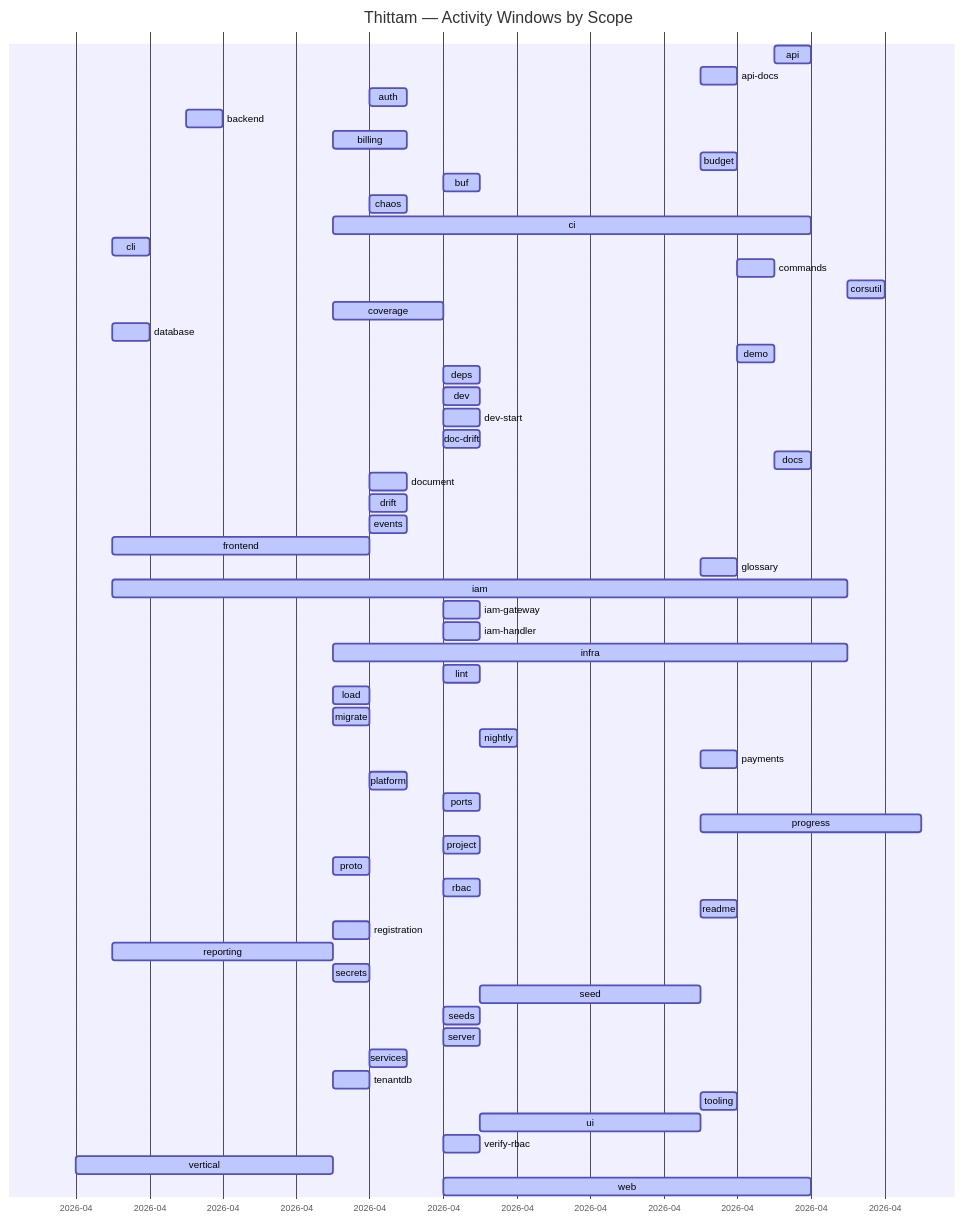
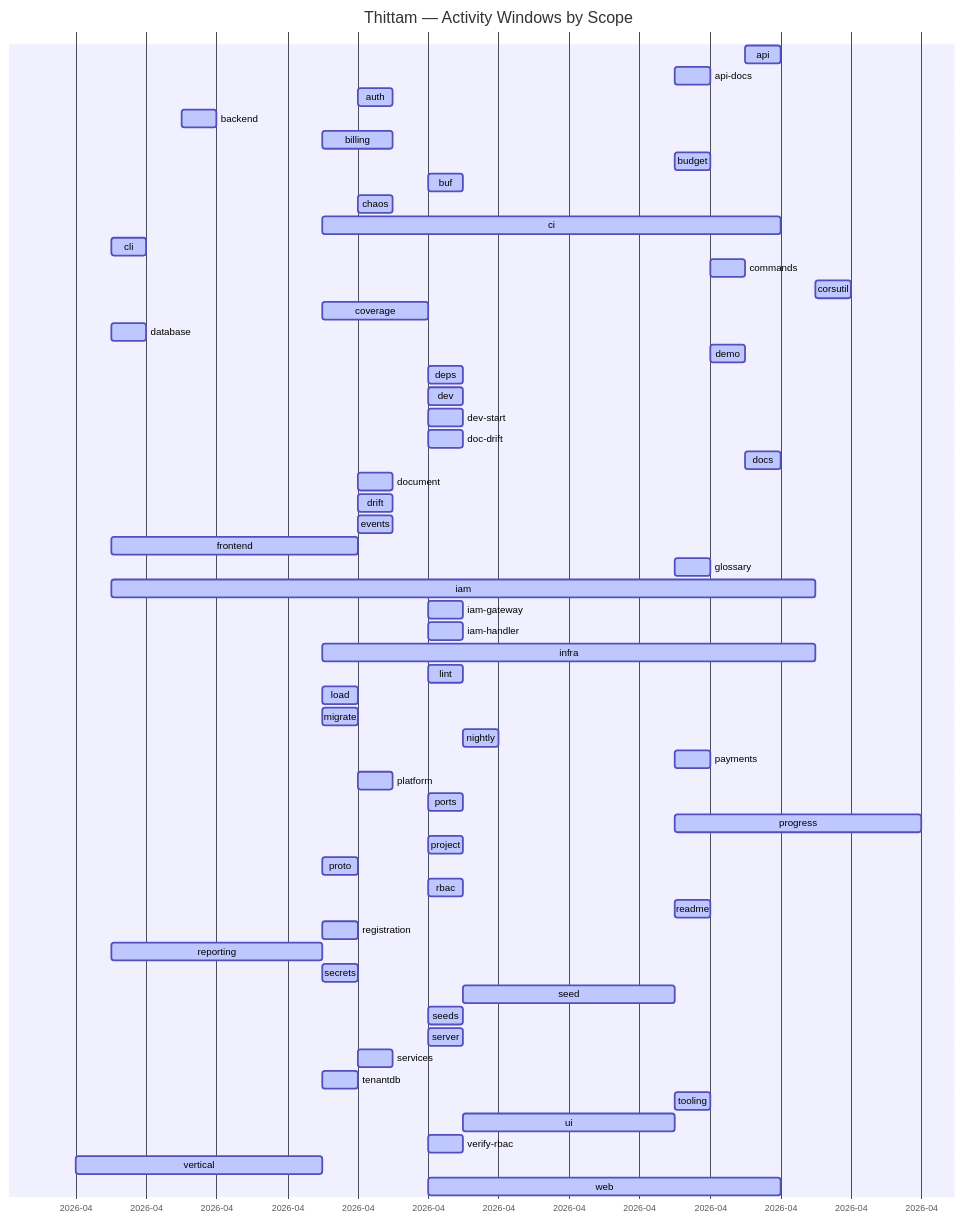
One commit to wegofwd2020-hub/thittam changed the diagram in docs/PROGRESS.md. Above: the diagram before and after it, drawn with Mermaid. The commit also changed other lines of this file and 1 other file, not shown here.

Commit message:
chore(progress): nightly update of docs/PROGRESS.md + CSVs

````diff
--- a/docs/PROGRESS.md
+++ b/docs/PROGRESS.md
@@ -9,60 +9,60 @@
 ```mermaid
 gantt
     title Thittam — Activity Windows by Scope
     dateFormat YYYY-MM-DD
     axisFormat %Y-%m
     api                :active, s_api, 2026-04-22, 2026-04-23
     api-docs           :active, s_api_docs, 2026-04-20, 2026-04-21
     auth               :active, s_auth, 2026-04-11, 2026-04-12
     backend            :active, s_backend, 2026-04-06, 2026-04-07
     billing            :active, s_billing, 2026-04-10, 2026-04-12
     budget             :active, s_budget, 2026-04-20, 2026-04-21
     buf                :active, s_buf, 2026-04-13, 2026-04-14
     chaos              :active, s_chaos, 2026-04-11, 2026-04-12
     ci                 :active, s_ci, 2026-04-10, 2026-04-23
     cli                :active, s_cli, 2026-04-04, 2026-04-05
     commands           :active, s_commands, 2026-04-21, 2026-04-22
     corsutil           :active, s_corsutil, 2026-04-24, 2026-04-25
     coverage           :active, s_coverage, 2026-04-10, 2026-04-13
     database           :active, s_database, 2026-04-04, 2026-04-05
     demo               :active, s_demo, 2026-04-21, 2026-04-22
     deps               :active, s_deps, 2026-04-13, 2026-04-14
     dev                :active, s_dev, 2026-04-13, 2026-04-14
     dev-start          :active, s_dev_start, 2026-04-13, 2026-04-14
     doc-drift          :active, s_doc_drift, 2026-04-13, 2026-04-14
     docs               :active, s_docs, 2026-04-22, 2026-04-23
     document           :active, s_document, 2026-04-11, 2026-04-12
     drift              :active, s_drift, 2026-04-11, 2026-04-12
     events             :active, s_events, 2026-04-11, 2026-04-12
     frontend           :active, s_frontend, 2026-04-04, 2026-04-11
     glossary           :active, s_glossary, 2026-04-20, 2026-04-21
     iam                :active, s_iam, 2026-04-04, 2026-04-24
     iam-gateway        :active, s_iam_gateway, 2026-04-13, 2026-04-14
     iam-handler        :active, s_iam_handler, 2026-04-13, 2026-04-14
     infra              :active, s_infra, 2026-04-10, 2026-04-24
     lint               :active, s_lint, 2026-04-13, 2026-04-14
     load               :active, s_load, 2026-04-10, 2026-04-11
     migrate            :active, s_migrate, 2026-04-10, 2026-04-11
     nightly            :active, s_nightly, 2026-04-14, 2026-04-15
     payments           :active, s_payments, 2026-04-20, 2026-04-21
     platform           :active, s_platform, 2026-04-11, 2026-04-12
     ports              :active, s_ports, 2026-04-13, 2026-04-14
-    progress           :active, s_progress, 2026-04-20, 2026-04-26
+    progress           :active, s_progress, 2026-04-20, 2026-04-27
     project            :active, s_project, 2026-04-13, 2026-04-14
     proto              :active, s_proto, 2026-04-10, 2026-04-11
     rbac               :active, s_rbac, 2026-04-13, 2026-04-14
     readme             :active, s_readme, 2026-04-20, 2026-04-21
     registration       :active, s_registration, 2026-04-10, 2026-04-11
     reporting          :active, s_reporting, 2026-04-04, 2026-04-10
     secrets            :active, s_secrets, 2026-04-10, 2026-04-11
     seed               :active, s_seed, 2026-04-14, 2026-04-20
     seeds              :active, s_seeds, 2026-04-13, 2026-04-14
     server             :active, s_server, 2026-04-13, 2026-04-14
     services           :active, s_services, 2026-04-11, 2026-04-12
     tenantdb           :active, s_tenantdb, 2026-04-10, 2026-04-11
     tooling            :active, s_tooling, 2026-04-20, 2026-04-21
     ui                 :active, s_ui, 2026-04-14, 2026-04-20
     verify-rbac        :active, s_verify_rbac, 2026-04-13, 2026-04-14
     vertical           :active, s_vertical, 2026-04-03, 2026-04-10
     web                :active, s_web, 2026-04-13, 2026-04-23
 ```
````
